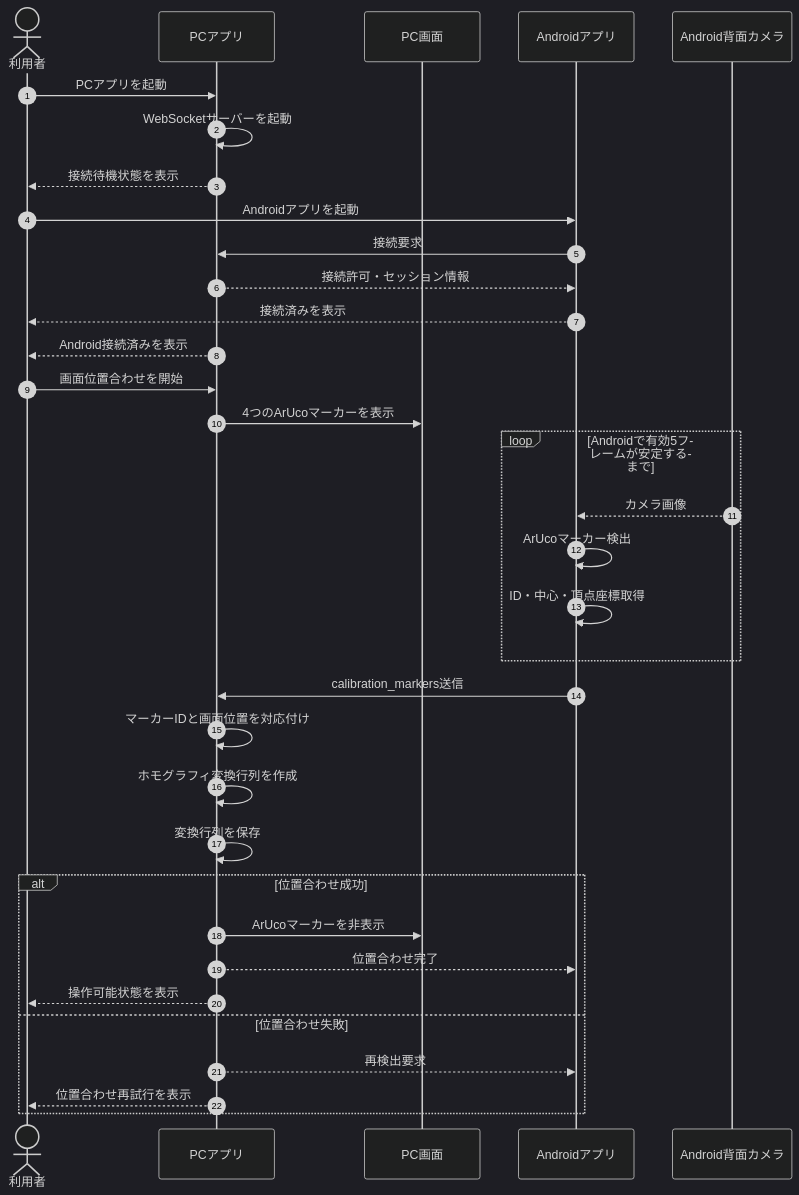
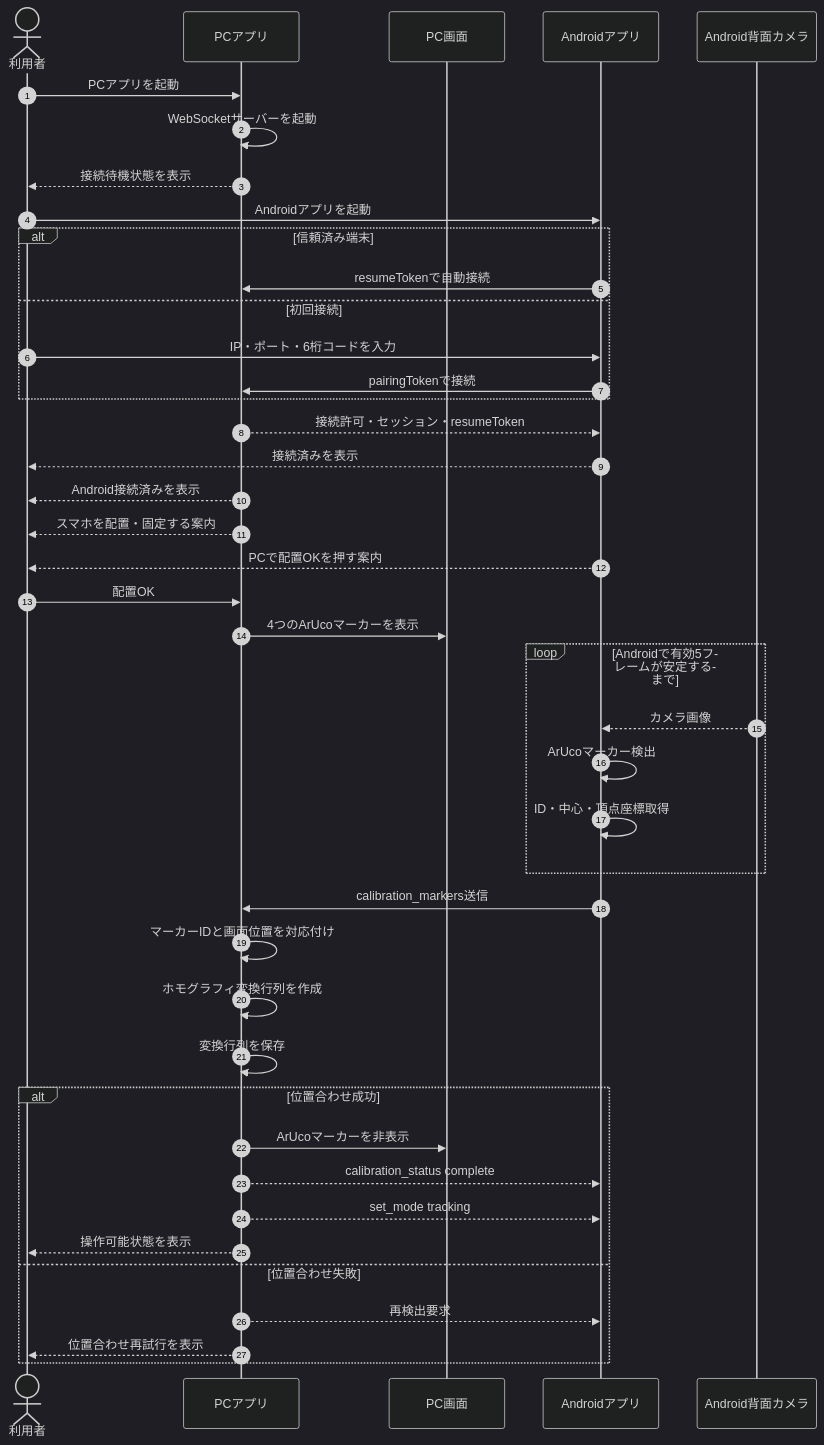
The fourth of 26 diagrams in docs/desktop/desktop-app-requirements.md (KIT-DevelopersHub/screact), drawn with Mermaid (dark theme) before and after one commit. The commit also changed other lines of this file and 11 other files, not shown here.

````diff
--- a/docs/desktop/desktop-app-requirements.md
+++ b/docs/desktop/desktop-app-requirements.md
@@ -190,36 +196,44 @@
 ```mermaid
 sequenceDiagram
     autonumber
     actor User as 利用者
     participant PC as PCアプリ
     participant Screen as PC画面
     participant Android as Androidアプリ
     participant Camera as Android背面カメラ
     User->>PC: PCアプリを起動
     PC->>PC: WebSocketサーバーを起動
     PC-->>User: 接続待機状態を表示
     User->>Android: Androidアプリを起動
-    Android->>PC: 接続要求
-    PC-->>Android: 接続許可・セッション情報
+    alt 信頼済み端末
+        Android->>PC: resumeTokenで自動接続
+    else 初回接続
+        User->>Android: IP・ポート・6桁コードを入力
+        Android->>PC: pairingTokenで接続
+    end
+    PC-->>Android: 接続許可・セッション・resumeToken
     Android-->>User: 接続済みを表示
     PC-->>User: Android接続済みを表示
-    User->>PC: 画面位置合わせを開始
+    PC-->>User: スマホを配置・固定する案内
+    Android-->>User: PCで配置OKを押す案内
+    User->>PC: 配置OK
     PC->>Screen: 4つのArUcoマーカーを表示
     loop Androidで有効5フレームが安定するまで
         Camera-->>Android: カメラ画像
         Android->>Android: ArUcoマーカー検出
         Android->>Android: ID・中心・頂点座標取得
     end
     Android->>PC: calibration_markers送信
     PC->>PC: マーカーIDと画面位置を対応付け
     PC->>PC: ホモグラフィ変換行列を作成
     PC->>PC: 変換行列を保存
     alt 位置合わせ成功
         PC->>Screen: ArUcoマーカーを非表示
-        PC-->>Android: 位置合わせ完了
+        PC-->>Android: calibration_status complete
+        PC-->>Android: set_mode tracking
         PC-->>User: 操作可能状態を表示
     else 位置合わせ失敗
         PC-->>Android: 再検出要求
         PC-->>User: 位置合わせ再試行を表示
     end
 ```
````
